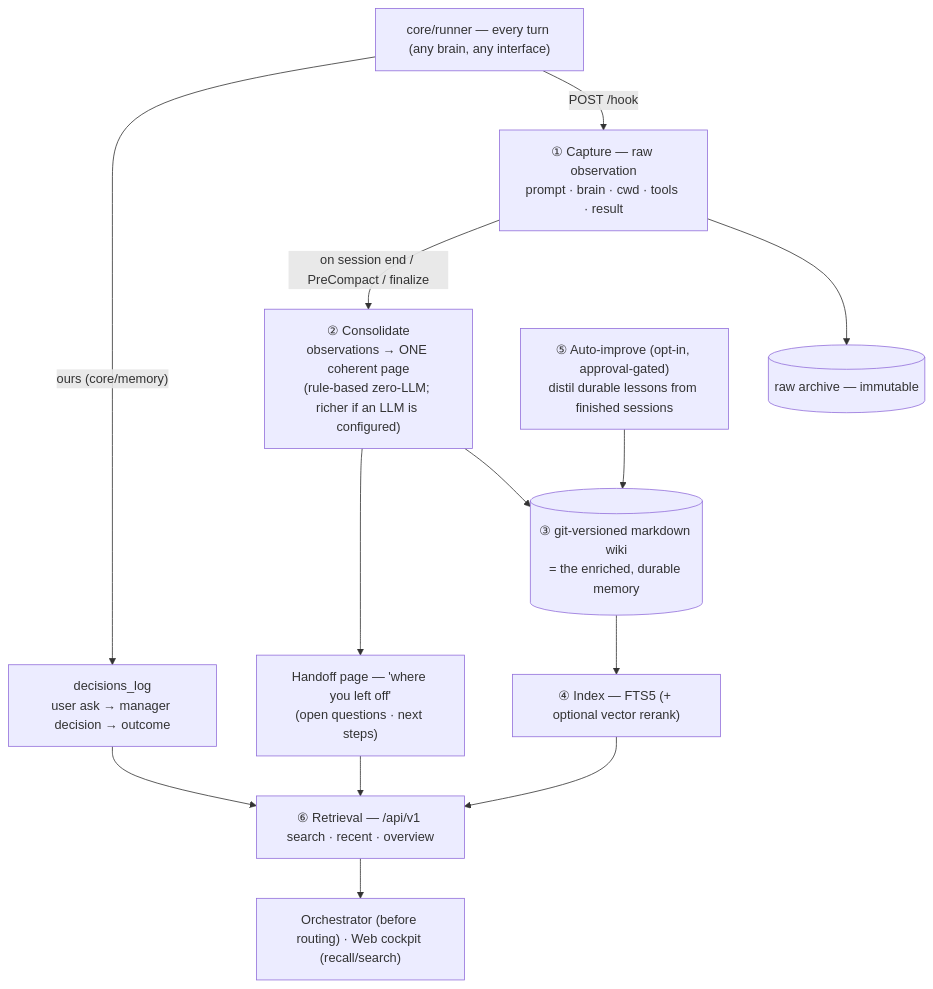
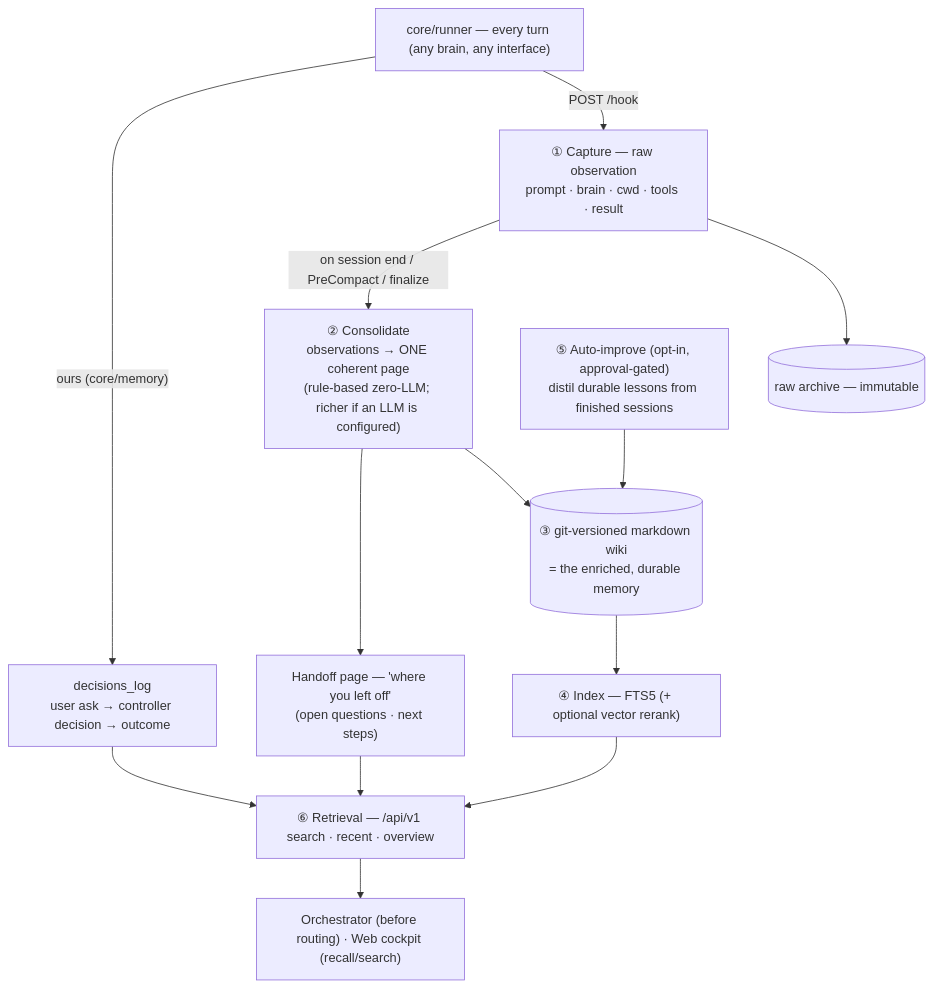
Diagram 11 of 13 in plans/architecture/arch_2_sequence.md (rupeshcash/cli-controller), drawn with Mermaid before and after one commit. The commit also changed other lines of this file and 10 other files, not shown here.

````diff
--- a/plans/architecture/arch_2_sequence.md
+++ b/plans/architecture/arch_2_sequence.md
@@ -395,16 +397,16 @@
 ```mermaid
 flowchart TD
   RUN["core/runner — every turn (any brain, any interface)"]
   RUN -->|"POST /hook"| CAP["① Capture — raw observation<br/>prompt · brain · cwd · tools · result"]
-  RUN -->|"ours (core/memory)"| DL["decisions_log<br/>user ask → manager decision → outcome"]
+  RUN -->|"ours (core/memory)"| DL["decisions_log<br/>user ask → controller decision → outcome"]
   CAP --> ARCH[("raw archive — immutable")]
   CAP -->|"on session end / PreCompact / finalize"| CONS["② Consolidate<br/>observations → ONE coherent page<br/>(rule-based zero-LLM; richer if an LLM is configured)"]
   CONS --> WIKI[("③ git-versioned markdown wiki<br/>= the enriched, durable memory")]
   CONS --> HO["Handoff page — 'where you left off'<br/>(open questions · next steps)"]
   WIKI --> FTS["④ Index — FTS5 (+ optional vector rerank)"]
   IMP["⑤ Auto-improve (opt-in, approval-gated)<br/>distil durable lessons from finished sessions"] --> WIKI
   FTS --> RET["⑥ Retrieval — /api/v1 search · recent · overview"]
   HO --> RET
   DL --> RET
   RET --> ORCH["Orchestrator (before routing) · Web cockpit (recall/search)"]
 ```
````
